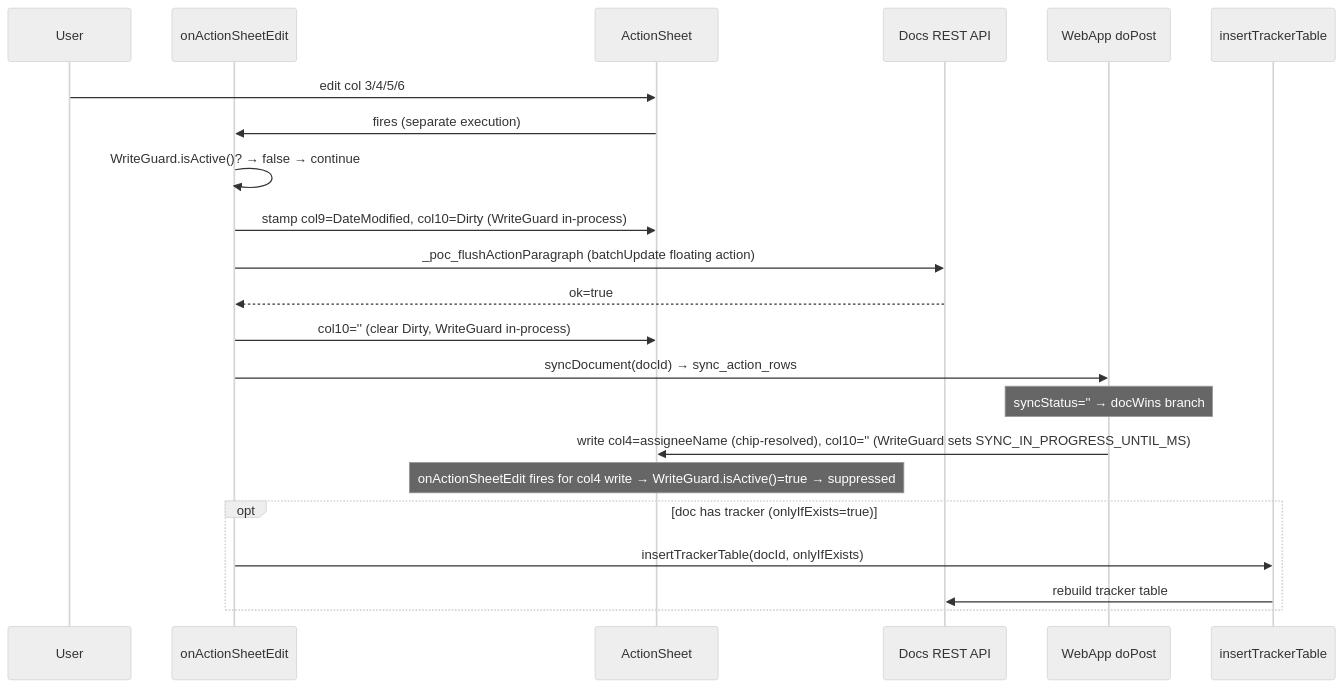
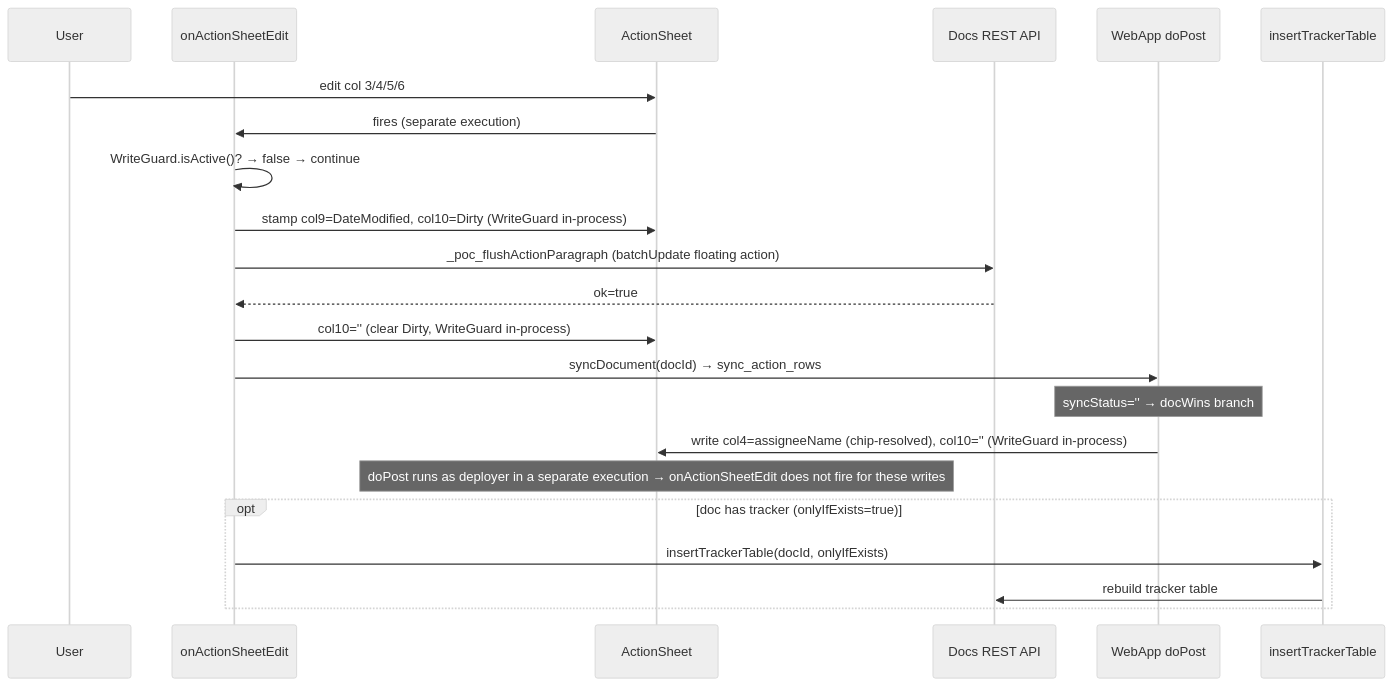
The sixth of 7 diagrams in docs/DESIGN.md (stuartdonaldson/GActionSheet), drawn with Mermaid (neutral theme) before and after one commit. The commit also changed other lines of this file and 8 other files, not shown here.

````diff
--- a/docs/DESIGN.md
+++ b/docs/DESIGN.md
@@ -446,25 +421,25 @@
 ```mermaid
 sequenceDiagram
     participant User
     participant Trigger as onActionSheetEdit
     participant Sheet as ActionSheet
     participant REST as Docs REST API
     participant WebApp as WebApp doPost
     participant Tracker as insertTrackerTable
 
     User->>Sheet: edit col 3/4/5/6
     Sheet->>Trigger: fires (separate execution)
     Trigger->>Trigger: WriteGuard.isActive()? → false → continue
     Trigger->>Sheet: stamp col9=DateModified, col10=Dirty (WriteGuard in-process)
     Trigger->>REST: _poc_flushActionParagraph (batchUpdate floating action)
     REST-->>Trigger: ok=true
     Trigger->>Sheet: col10='' (clear Dirty, WriteGuard in-process)
     Trigger->>WebApp: syncDocument(docId) → sync_action_rows
     Note over WebApp: syncStatus='' → docWins branch
-    WebApp->>Sheet: write col4=assigneeName (chip-resolved), col10='' (WriteGuard sets SYNC_IN_PROGRESS_UNTIL_MS)
-    Note over Sheet: onActionSheetEdit fires for col4 write → WriteGuard.isActive()=true → suppressed
+    WebApp->>Sheet: write col4=assigneeName (chip-resolved), col10='' (WriteGuard in-process)
+    Note over Sheet: doPost runs as deployer in a separate execution → onActionSheetEdit does not fire for these writes
     opt doc has tracker (onlyIfExists=true)
         Trigger->>Tracker: insertTrackerTable(docId, onlyIfExists)
         Tracker->>REST: rebuild tracker table
     end
 ```
````
